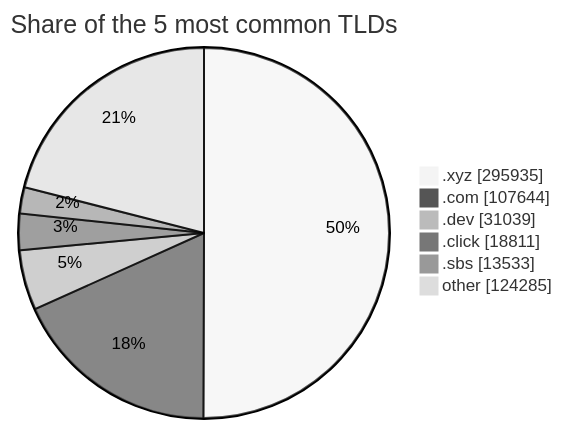
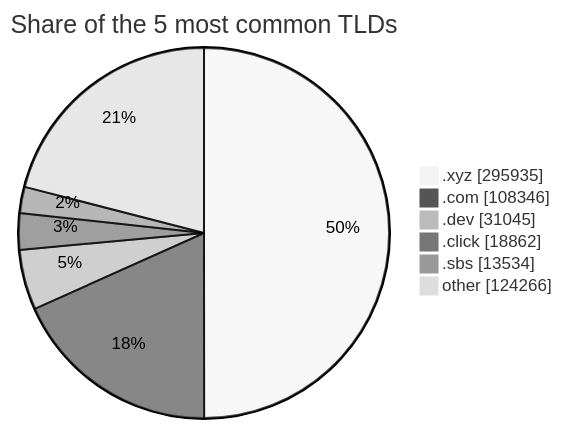
The third of 3 diagrams in README.md (DNSBunker/CTI), drawn with Mermaid (neutral theme) before and after one commit. The commit also changed other lines of this file and 3 other files, not shown here.

````diff
--- a/README.md
+++ b/README.md
@@ -81,9 +81,9 @@
 ```mermaid
 pie showData title Share of the 5 most common TLDs
     ".xyz" : 295935
-    ".com" : 107644
-    ".dev" : 31039
-    ".click" : 18811
-    ".sbs" : 13533
-    "other" : 124285
+    ".com" : 108346
+    ".dev" : 31045
+    ".click" : 18862
+    ".sbs" : 13534
+    "other" : 124266
 ```
````
